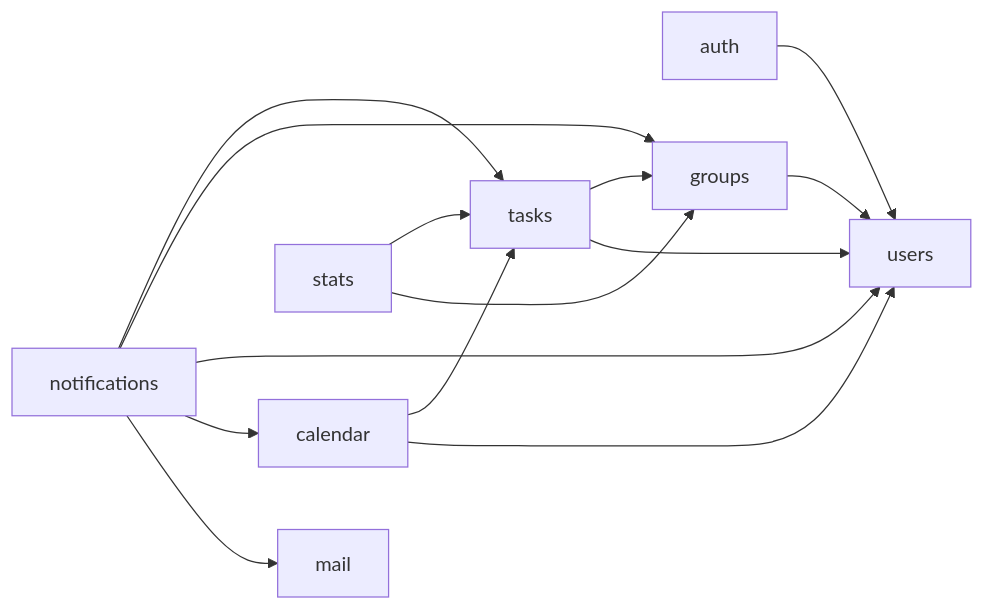
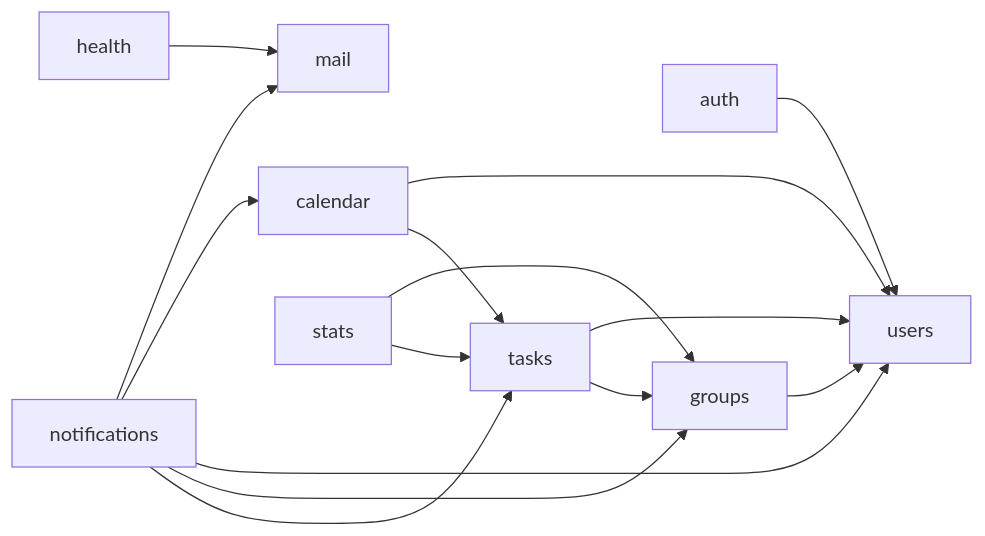
Before and after one commit to mzabrodin/Errandly: the first of 4 diagrams in docs/architecture.md, drawn with Mermaid. The commit also changed other lines of this file and 29 other files, not shown here.

````diff
--- a/docs/architecture.md
+++ b/docs/architecture.md
@@ -55,16 +55,17 @@
 ```mermaid
 flowchart LR
   auth --> users
   groups --> users
   tasks --> groups
   tasks --> users
   calendar --> tasks
   calendar --> users
   notifications --> tasks
   notifications --> groups
   notifications --> users
   notifications --> calendar
   notifications --> mail
   stats --> tasks
   stats --> groups
+  health --> mail
 ```
````
